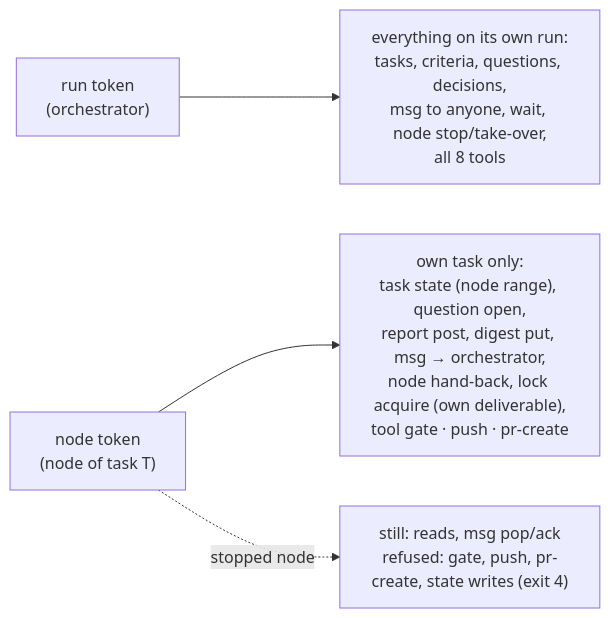
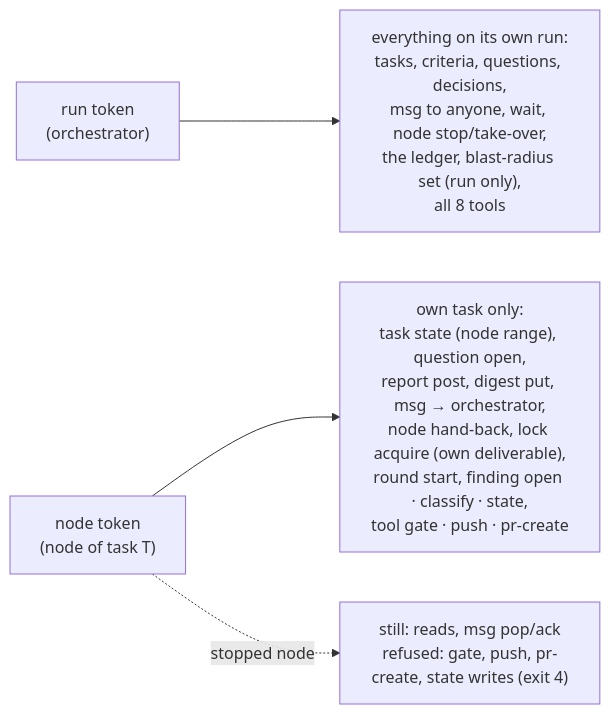
One commit to tmenguy/quiet-solar changed diagram 12 of 21 in docs/workflow/control-plane-diagrams.md. Above: the diagram before and after it, drawn with Mermaid. The commit also changed other lines of this file and 20 other files, not shown here.

First line of the commit message:
QS-375: the finding ledger on the Control Plane

````diff
--- a/docs/workflow/control-plane-diagrams.md
+++ b/docs/workflow/control-plane-diagrams.md
@@ -421,6 +503,6 @@
 ```mermaid
 flowchart LR
-    RT["run token<br/>(orchestrator)"] --> A1["everything on its own run:<br/>tasks, criteria, questions, decisions,<br/>msg to anyone, wait, node stop/take-over,<br/>all 8 tools"]
-    NT["node token<br/>(node of task T)"] --> A2["own task only:<br/>task state (node range), question open,<br/>report post, digest put, msg → orchestrator,<br/>node hand-back, lock acquire (own deliverable),<br/>tool gate · push · pr-create"]
+    RT["run token<br/>(orchestrator)"] --> A1["everything on its own run:<br/>tasks, criteria, questions, decisions,<br/>msg to anyone, wait, node stop/take-over,<br/>the ledger, blast-radius set (run only),<br/>all 8 tools"]
+    NT["node token<br/>(node of task T)"] --> A2["own task only:<br/>task state (node range), question open,<br/>report post, digest put, msg → orchestrator,<br/>node hand-back, lock acquire (own deliverable),<br/>round start, finding open · classify · state,<br/>tool gate · push · pr-create"]
     NT -. "stopped node" .-> A3["still: reads, msg pop/ack<br/>refused: gate, push, pr-create, state writes (exit 4)"]
 ```
````
